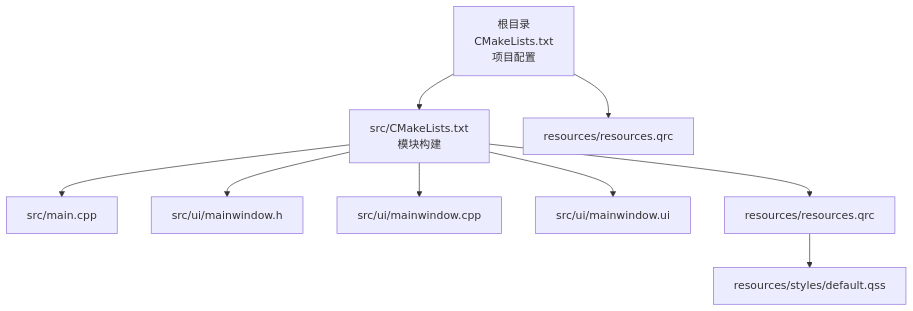
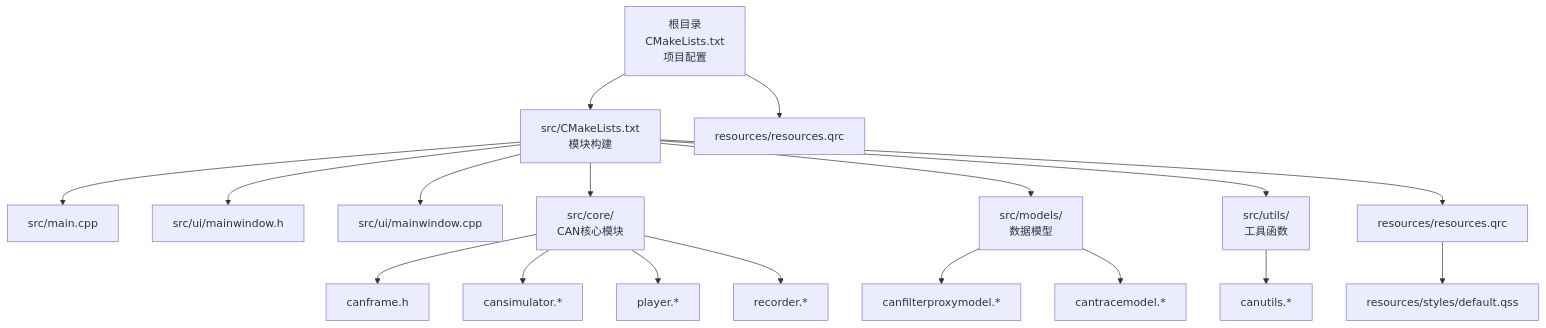
The first of 4 diagrams in .qoder/repowiki/zh/content/构建和部署/CMake构建配置.md (jakecai1225-design/OpenBus), drawn with Mermaid before and after one commit. The commit also changed other lines of this file and 31 other files, not shown here.

````diff
--- a/.qoder/repowiki/zh/content/构建和部署/CMake构建配置.md
+++ b/.qoder/repowiki/zh/content/构建和部署/CMake构建配置.md
@@ -51,11 +77,20 @@
 ```mermaid
 graph TB
 root["根目录<br/>CMakeLists.txt<br/>项目配置"] --> sub_src["src/CMakeLists.txt<br/>模块构建"]
 root --> res_qrc["resources/resources.qrc"]
 sub_src --> main_cpp["src/main.cpp"]
 sub_src --> ui_h["src/ui/mainwindow.h"]
 sub_src --> ui_cpp["src/ui/mainwindow.cpp"]
-sub_src --> ui_ui["src/ui/mainwindow.ui"]
+sub_src --> core_dir["src/core/<br/>CAN核心模块"]
+sub_src --> models_dir["src/models/<br/>数据模型"]
+sub_src --> utils_dir["src/utils/<br/>工具函数"]
+core_dir --> canframe["canframe.h"]
+core_dir --> cansim["cansimulator.*"]
+core_dir --> player["player.*"]
+core_dir --> recorder["recorder.*"]
+models_dir --> filtermodel["canfilterproxymodel.*"]
+models_dir --> tracemodel["cantracemodel.*"]
+utils_dir --> canutils["canutils.*"]
 sub_src --> qrc["resources/resources.qrc"]
 qrc --> qss["resources/styles/default.qss"]
 ```
````
